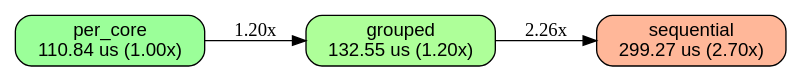
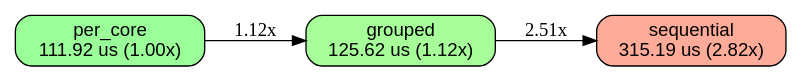
Before and after one commit to orgrinrt/hilavitkutin: the diagram in docs/BENCHES.accumulator_grouped.w3_g64_n65536.linux-x86_64-c4-container-intel.dot, drawn with Graphviz. The commit also changed 36 other files, not shown here.

```diff
--- a/docs/BENCHES.accumulator_grouped.w3_g64_n65536.linux-x86_64-c4-container-intel.dot
+++ b/docs/BENCHES.accumulator_grouped.w3_g64_n65536.linux-x86_64-c4-container-intel.dot
@@ -1,16 +1,16 @@
 // AUTO-GENERATED: DO NOT EDIT DIRECTLY
 //
 // Generated by: mockspace (mock)
-// Generated at: 2026-11-19T21:47:04Z
+// Generated at: 2026-11-19T22:15:46Z
 // Source: mock/
 // To regenerate: cargo mock
 
 digraph "accumulator_grouped/w3_g64_n65536 on linux-x86_64-c4-container-intel" {
   rankdir=LR;
   node [shape=box, style="rounded,filled", fontname="Helvetica"];
-  v0 [label="per_core\n110.84 us (1.00x)", fillcolor="0.330 0.4 1.0"];
-  v1 [label="grouped\n132.55 us (1.20x)", fillcolor="0.298 0.4 1.0"];
-  v2 [label="sequential\n299.27 us (2.70x)", fillcolor="0.050 0.4 1.0"];
-  v0 -> v1 [label="1.20x"];
-  v1 -> v2 [label="2.26x"];
+  v0 [label="per_core\n111.92 us (1.00x)", fillcolor="0.330 0.4 1.0"];
+  v1 [label="grouped\n125.62 us (1.12x)", fillcolor="0.310 0.4 1.0"];
+  v2 [label="sequential\n315.19 us (2.82x)", fillcolor="0.030 0.4 1.0"];
+  v0 -> v1 [label="1.12x"];
+  v1 -> v2 [label="2.51x"];
 }
```
